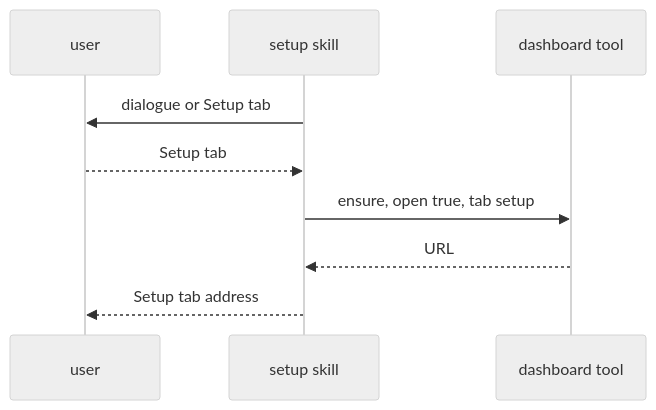
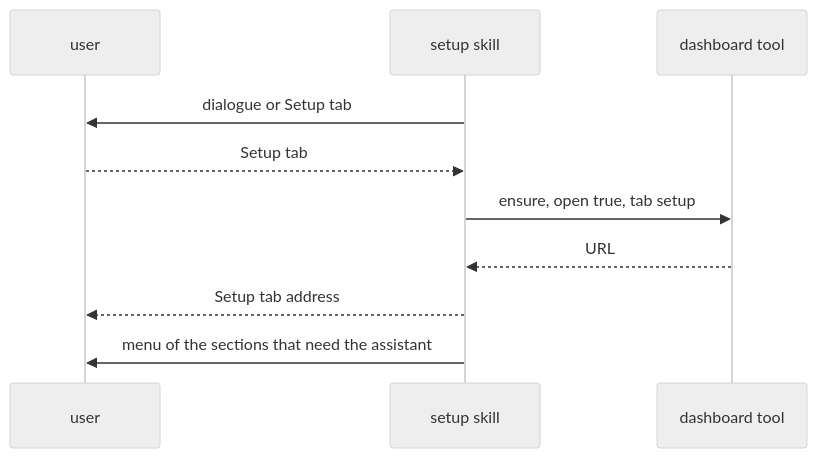
The third of 3 diagrams in openspec/specs/skill-setup/spec.md (rnagrodzki/sdlc-plugin), drawn with Mermaid (neutral theme) before and after one commit. The commit also changed other lines of this file and 44 other files, not shown here.

````diff
--- a/openspec/specs/skill-setup/spec.md
+++ b/openspec/specs/skill-setup/spec.md
@@ -713,11 +770,12 @@
 ```mermaid
 sequenceDiagram
   participant U as user
   participant K as setup skill
   participant T as dashboard tool
   K->>U: dialogue or Setup tab
   U-->>K: Setup tab
   K->>T: ensure, open true, tab setup
   T-->>K: URL
   K-->>U: Setup tab address
+  K->>U: menu of the sections that need the assistant
 ```
````
